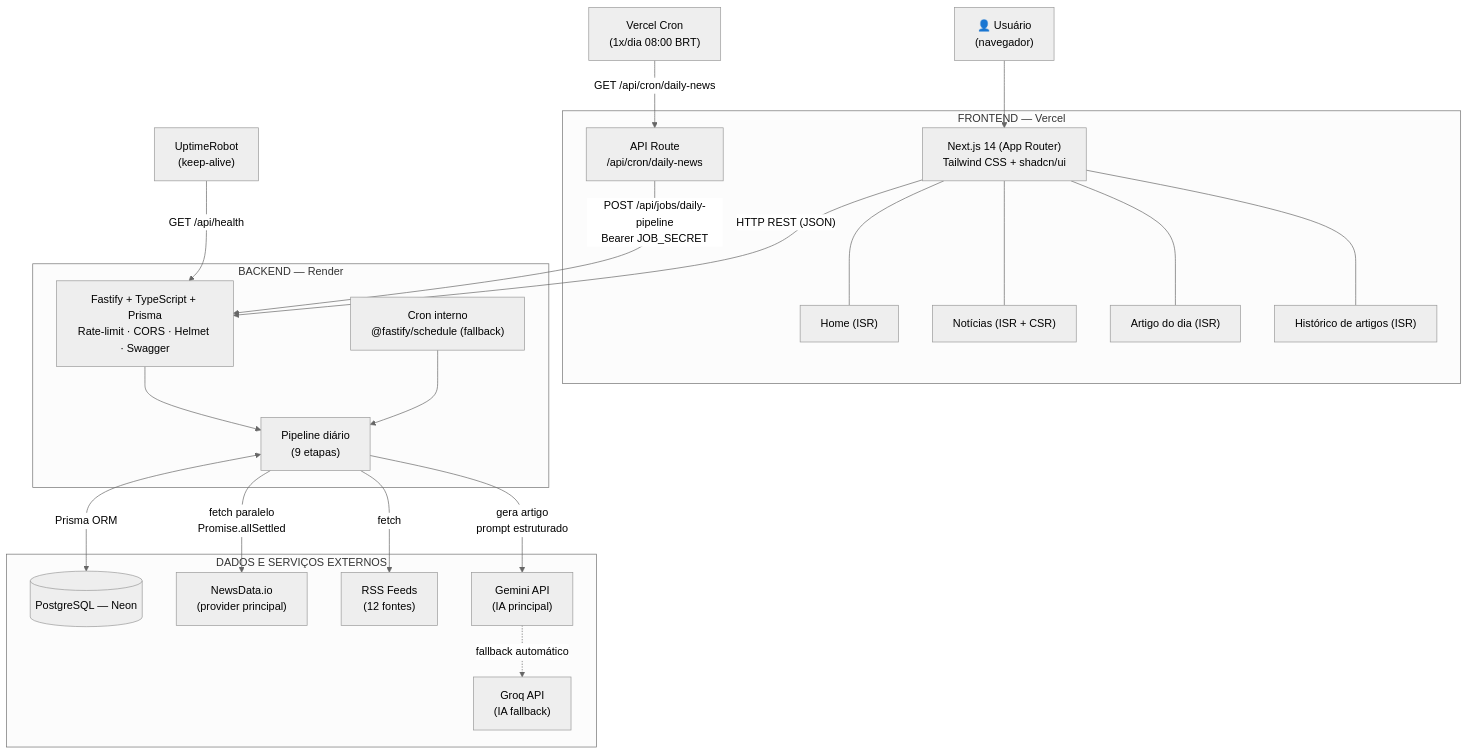
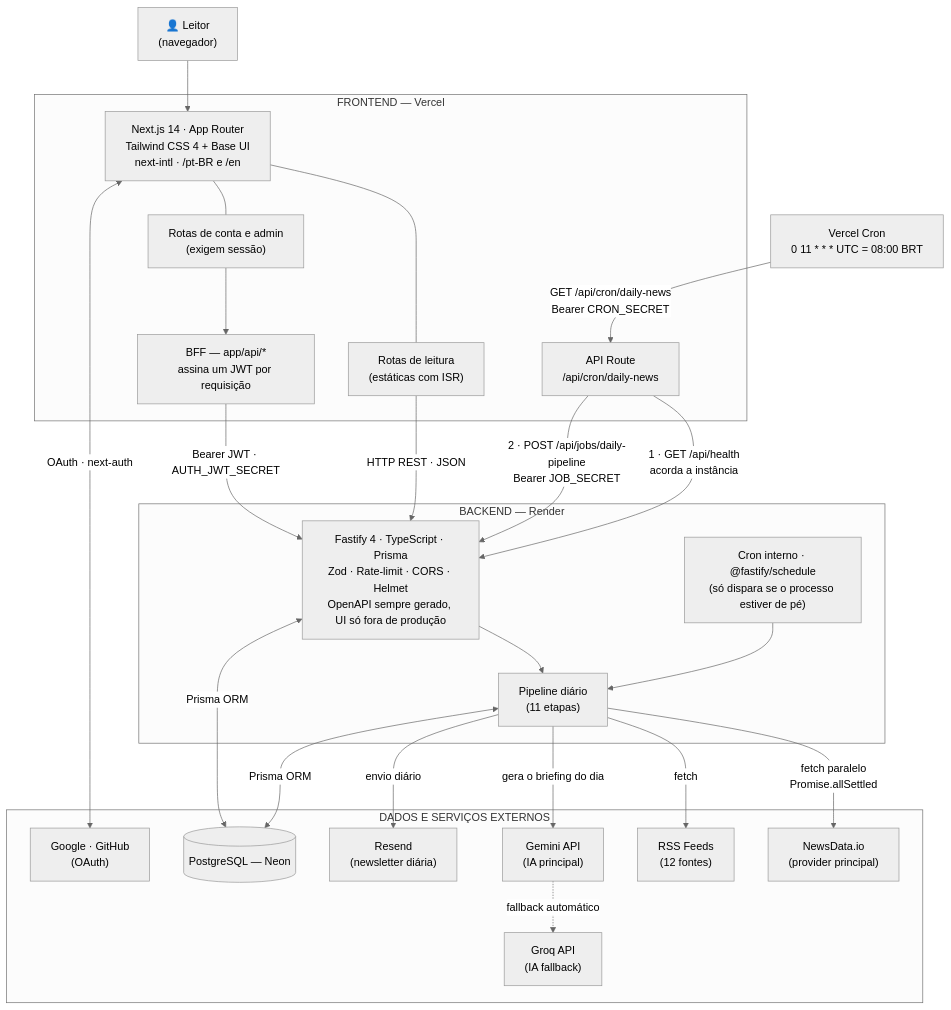
Before and after one commit to tavinholoco/newra-news: the diagram in docs/diagrams/system-architecture.mermaid, drawn with Mermaid (neutral theme). The commit also changed 12 other files, not shown here.

```diff
--- a/docs/diagrams/system-architecture.mermaid
+++ b/docs/diagrams/system-architecture.mermaid
@@ -1,44 +1,58 @@
-%% Diagrama de Arquitetura do Sistema — Newra News (PRD §3.1)
+%% Diagrama de Arquitetura do Sistema — Newra News
+%% ---
+%% Atualizado em 01/09/2026, depois das Fases 0–12 da V2. Este é o mapa de
+%% caixas grandes: o detalhe das rotas do frontend está em
+%% `frontend-routes.mermaid`, o da sessão em `auth-flow.mermaid`, e o do
+%% pipeline em `pipeline-sequence.mermaid`.
+%% ---
+%% **Não há keep-alive.** A API dorme no plano free do Render com ~15 min sem
+%% tráfego, e isso é decisão medida desde 01/09/2026 — quem precisa dela quente
+%% acorda antes de chamar (é o que o passo 1 do cron faz). Ver `docs/setup.md`.
 flowchart TB
-    U["👤 Usuário<br/>(navegador)"] --> W
+    U["👤 Leitor<br/>(navegador)"]
 
     subgraph Frontend["FRONTEND — Vercel"]
-        W["Next.js 14 (App Router)<br/>Tailwind CSS + shadcn/ui"]
-        H["Home (ISR)"]
-        N["Notícias (ISR + CSR)"]
-        A["Artigo do dia (ISR)"]
-        S["Histórico de artigos (ISR)"]
+        W["Next.js 14 · App Router<br/>Tailwind CSS 4 + Base UI<br/>next-intl · /pt-BR e /en"]
+        PUB["Rotas de leitura<br/>(estáticas com ISR)"]
+        PRIV["Rotas de conta e admin<br/>(exigem sessão)"]
+        BFF["BFF — app/api/*<br/>assina um JWT por requisição"]
         CR["API Route<br/>/api/cron/daily-news"]
-        W --- H
-        W --- N
-        W --- A
-        W --- S
+        W --- PUB
+        W --- PRIV
+        PRIV --> BFF
     end
 
     subgraph Backend["BACKEND — Render"]
-        API["Fastify + TypeScript + Prisma<br/>Rate-limit · CORS · Helmet · Swagger"]
-        PL["Pipeline diário<br/>(9 etapas)"]
-        JOBS["Cron interno<br/>@fastify/schedule (fallback)"]
+        API["Fastify 4 · TypeScript · Prisma<br/>Zod · Rate-limit · CORS · Helmet<br/>OpenAPI sempre gerado, UI só fora de produção"]
+        PL["Pipeline diário<br/>(11 etapas)"]
+        JOBS["Cron interno · @fastify/schedule<br/>(só dispara se o processo estiver de pé)"]
         API --> PL
         JOBS --> PL
     end
 
     subgraph Data["DADOS E SERVIÇOS EXTERNOS"]
         DB[("PostgreSQL — Neon")]
         ND["NewsData.io<br/>(provider principal)"]
         RSS["RSS Feeds<br/>(12 fontes)"]
         GEM["Gemini API<br/>(IA principal)"]
         GROQ["Groq API<br/>(IA fallback)"]
+        RES["Resend<br/>(newsletter diária)"]
+        OA["Google · GitHub<br/>(OAuth)"]
     end
 
-    UP["UptimeRobot<br/>(keep-alive)"] -->|"GET /api/health"| API
+    U --> W
+    VC["Vercel Cron<br/>0 11 * * * UTC = 08:00 BRT"] -->|"GET /api/cron/daily-news<br/>Bearer CRON_SECRET"| CR
+    CR -->|"1 · GET /api/health<br/>acorda a instância"| API
+    CR -->|"2 · POST /api/jobs/daily-pipeline<br/>Bearer JOB_SECRET"| API
 
-    V["Vercel Cron<br/>(1x/dia 08:00 BRT)"] -->|"GET /api/cron/daily-news"| CR
-    CR -->|"POST /api/jobs/daily-pipeline<br/>Bearer JOB_SECRET"| API
+    PUB -->|"HTTP REST · JSON"| API
+    BFF -->|"Bearer JWT · AUTH_JWT_SECRET"| API
+    W <-->|"OAuth · next-auth"| OA
 
-    W -->|"HTTP REST (JSON)"| API
     PL -->|"fetch paralelo<br/>Promise.allSettled"| ND
     PL -->|"fetch"| RSS
-    PL -->|"gera artigo<br/>prompt estruturado"| GEM
+    PL -->|"gera o briefing do dia"| GEM
     GEM -.->|"fallback automático"| GROQ
+    PL -->|"envio diário"| RES
     PL <-->|"Prisma ORM"| DB
+    API <-->|"Prisma ORM"| DB
```
